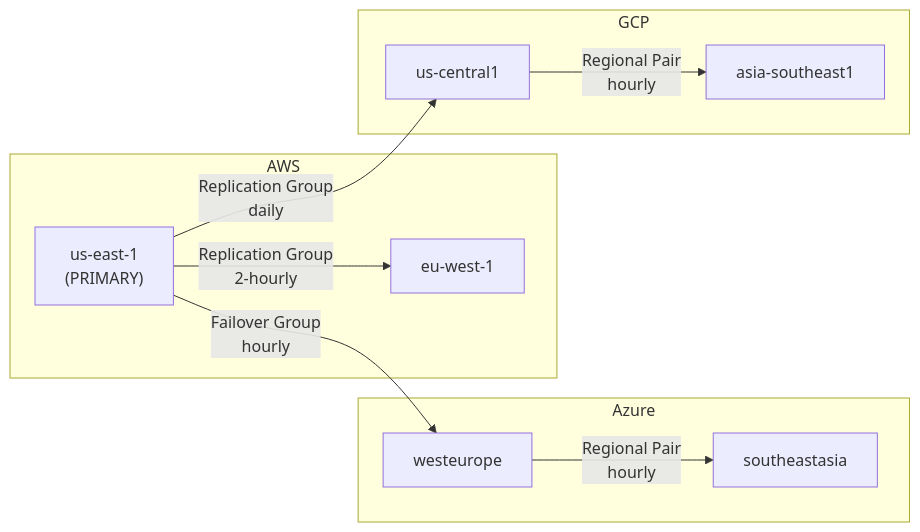
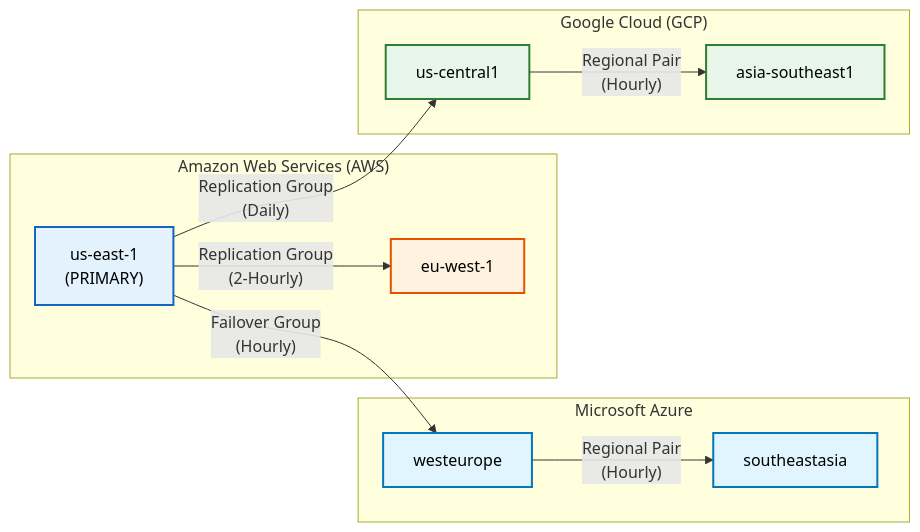
One commit to hsg09/SnowVault-Enterprise-Data-Platform changed the diagram in docs/multi_cloud_strategy.md. Above: the diagram before and after it, drawn with Mermaid. The commit also changed other lines of this file and 14 other files, not shown here.

````diff
--- a/docs/multi_cloud_strategy.md
+++ b/docs/multi_cloud_strategy.md
@@ -11,23 +11,29 @@
 ```mermaid
 graph LR
-    subgraph "AWS"
-        AWS_US["us-east-1<br>(PRIMARY)"]
-        AWS_EU["eu-west-1"]
+    classDef primary fill:#e3f2fd,stroke:#1565c0,stroke-width:2px,color:#000
+    classDef aws fill:#fff3e0,stroke:#e65100,stroke-width:2px,color:#000
+    classDef azr fill:#e1f5fe,stroke:#0277bd,stroke-width:2px,color:#000
+    classDef gcp fill:#e8f5e9,stroke:#2e7d32,stroke-width:2px,color:#000
+
+    subgraph AWS ["Amazon Web Services (AWS)"]
+        AWS_US["us-east-1<br>(PRIMARY)"]:::primary
+        AWS_EU["eu-west-1"]:::aws
     end
 
-    subgraph "Azure"
-        AZ_EU["westeurope"]
-        AZ_AP["southeastasia"]
+    subgraph Azure ["Microsoft Azure"]
+        AZ_EU["westeurope"]:::azr
+        AZ_AP["southeastasia"]:::azr
     end
 
-    subgraph "GCP"
-        GCP_US["us-central1"]
-        GCP_AP["asia-southeast1"]
+    subgraph GCP ["Google Cloud (GCP)"]
+        GCP_US["us-central1"]:::gcp
+        GCP_AP["asia-southeast1"]:::gcp
     end
 
-    AWS_US -- "Failover Group<br>hourly" --> AZ_EU
-    AWS_US -- "Replication Group<br>2-hourly" --> AWS_EU
-    AWS_US -- "Replication Group<br>daily" --> GCP_US
-    AZ_EU -- "Regional Pair<br>hourly" --> AZ_AP
-    GCP_US -- "Regional Pair<br>hourly" --> GCP_AP
+    AWS_US -- "Failover Group<br>(Hourly)" --> AZ_EU
+    AWS_US -- "Replication Group<br>(2-Hourly)" --> AWS_EU
+    AWS_US -- "Replication Group<br>(Daily)" --> GCP_US
+    
+    AZ_EU -- "Regional Pair<br>(Hourly)" --> AZ_AP
+    GCP_US -- "Regional Pair<br>(Hourly)" --> GCP_AP
 ```
````
